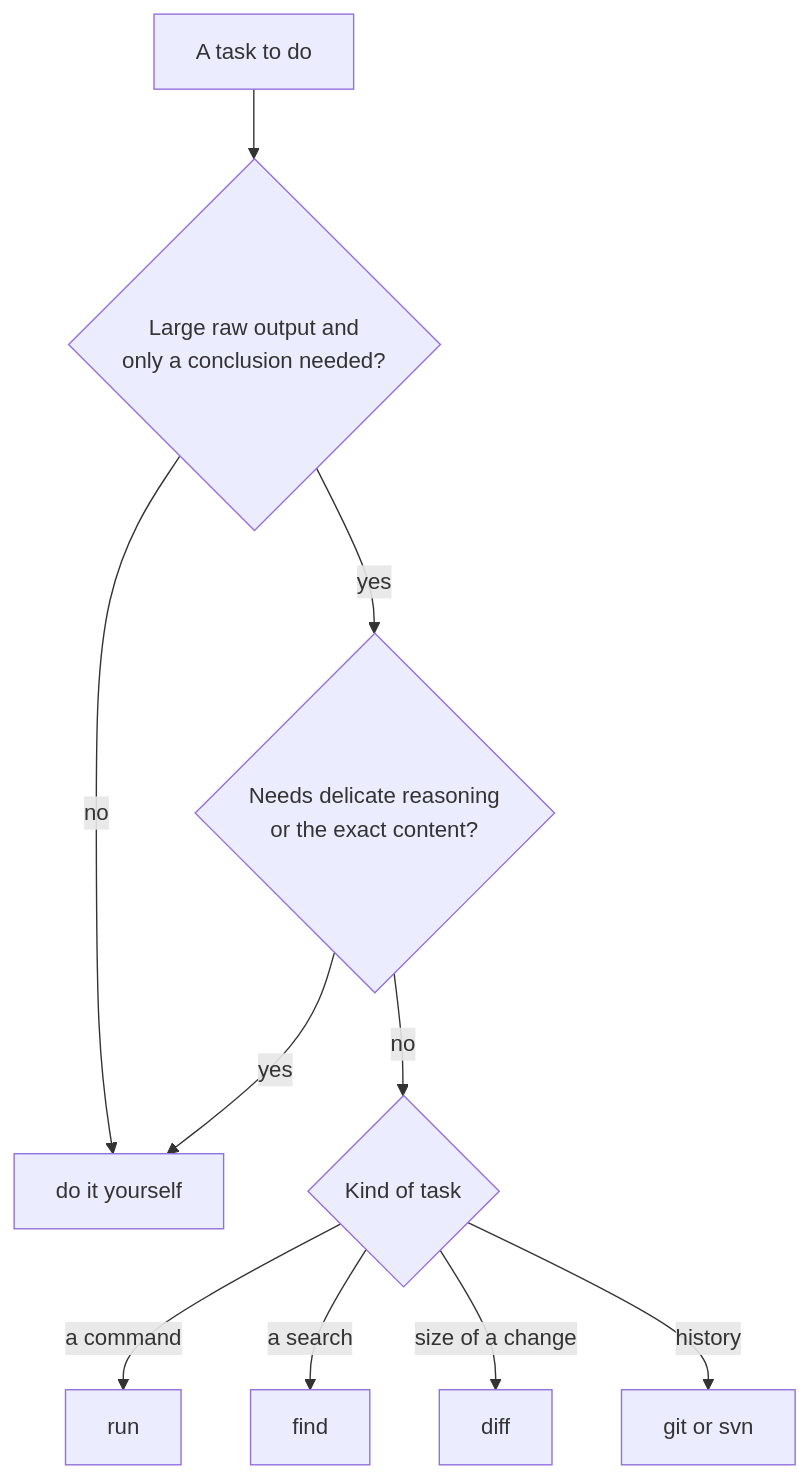
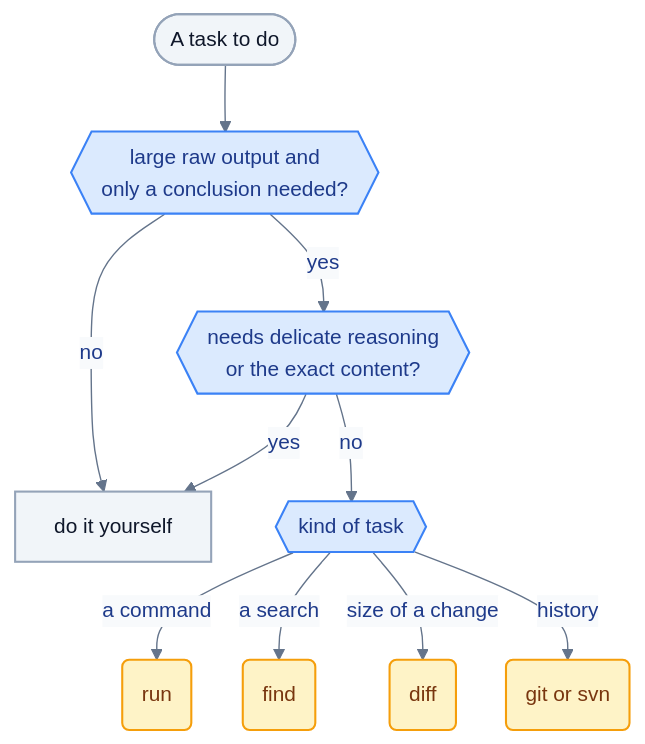
Before and after one commit to HW-Agents-Forge/general-agents: the diagram in docs/skill-atomic-tasks.md, drawn with Mermaid. The commit also changed 9 other files, not shown here.

First line of the commit message:
Modernize the Mermaid diagrams: shared palette, hexagon decisions, cleaner layouts

````diff
--- a/docs/skill-atomic-tasks.md
+++ b/docs/skill-atomic-tasks.md
@@ -11,12 +11,24 @@
 ```mermaid
+%%{init: {"theme":"base","themeVariables":{"fontFamily":"ui-sans-serif, system-ui, -apple-system, Segoe UI, Helvetica, Arial, sans-serif","fontSize":"15px","textColor":"#1e293b","lineColor":"#64748b","primaryColor":"#dbeafe","primaryBorderColor":"#3b82f6","primaryTextColor":"#1e3a8a","secondaryColor":"#ede9fe","tertiaryColor":"#f8fafc","edgeLabelBackground":"#f8fafc","clusterBkg":"#f8fafc","clusterBorder":"#cbd5e1","titleColor":"#334155"},"flowchart":{"curve":"basis","padding":14,"nodeSpacing":36,"rankSpacing":48,"htmlLabels":true}}}%%
 flowchart TD
-    A["A task to do"] --> B{"Large raw output and<br/>only a conclusion needed?"}
-    B -- no --> Z["do it yourself"]
-    B -- yes --> C{"Needs delicate reasoning<br/>or the exact content?"}
-    C -- yes --> Z
-    C -- no --> D{"Kind of task"}
-    D -->|"a command"| run
-    D -->|"a search"| find
-    D -->|"size of a change"| diff
-    D -->|"history"| vcs["git or svn"]
+    A(["A task to do"]) --> B{{"large raw output and<br/>only a conclusion needed?"}}
+    B -- "no" --> Z["do it yourself"]
+    B -- "yes" --> C{{"needs delicate reasoning<br/>or the exact content?"}}
+    C -- "yes" --> Z
+    C -- "no" --> D{{"kind of task"}}
+    D -- "a command" --> run("run")
+    D -- "a search" --> find("find")
+    D -- "size of a change" --> diff("diff")
+    D -- "history" --> vcs("git or svn")
+
+    classDef src fill:#dbeafe,stroke:#3b82f6,stroke-width:1.5px,color:#1e3a8a
+    classDef eng fill:#ede9fe,stroke:#8b5cf6,stroke-width:1.5px,color:#4c1d95
+    classDef out fill:#dcfce7,stroke:#22c55e,stroke-width:1.5px,color:#14532d
+    classDef agent fill:#fef3c7,stroke:#f59e0b,stroke-width:1.5px,color:#78350f
+    classDef bad fill:#fee2e2,stroke:#ef4444,stroke-width:1.5px,color:#7f1d1d
+    classDef quiet fill:#f1f5f9,stroke:#94a3b8,stroke-width:1.5px,color:#0f172a
+
+    class A,Z quiet
+    class B,C,D src
+    class run,find,diff,vcs agent
 ```
````
